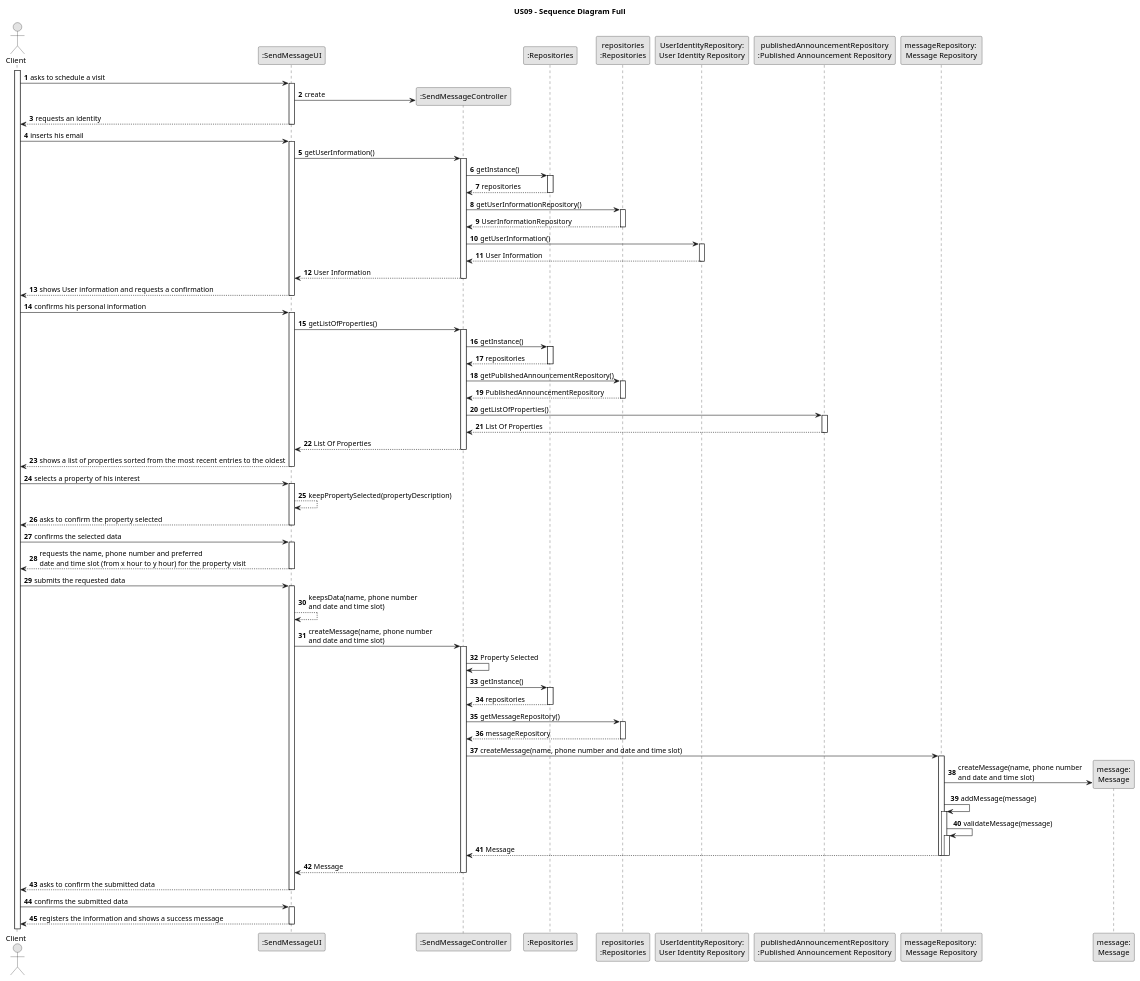
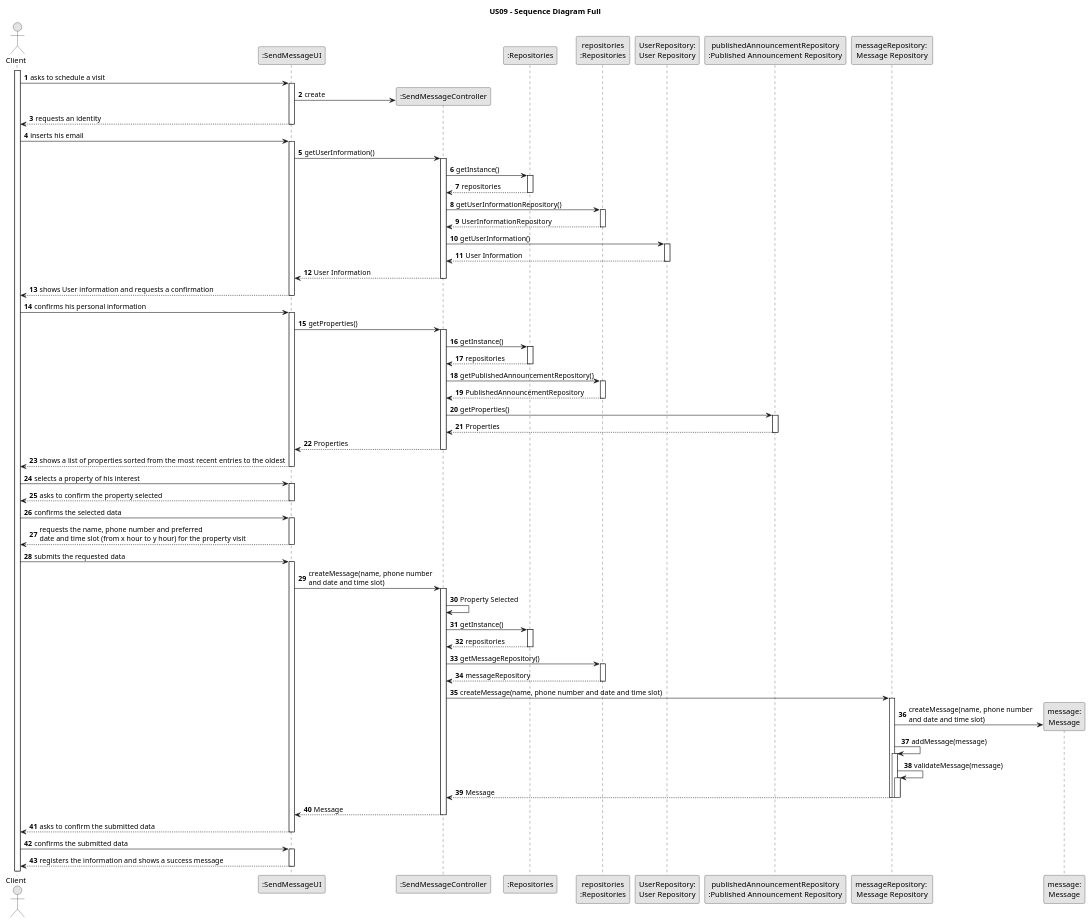
The diagram in docs/sprintC/US09/03.design/puml/us09-sequence-diagram-full.puml (PureNimble/ISEP-LAPR2), drawn with PlantUML before and after one commit.

Commit message:
US09- Sequence diagram update

```diff
--- a/docs/sprintC/US09/03.design/puml/us09-sequence-diagram-full.puml
+++ b/docs/sprintC/US09/03.design/puml/us09-sequence-diagram-full.puml
@@ -1,166 +1,166 @@
 @startuml
 skinparam monochrome true
 skinparam packageStyle rectangle
 skinparam shadowing false
 
 title US09 - Sequence Diagram Full
 
 autonumber
 
 'hide footbox
 actor "Client" as Client
 participant ":SendMessageUI" as UI
 participant ":SendMessageController" as CTRL
 participant ":Repositories" as Repository
 participant "repositories\n:Repositories" as Repository2
-participant "UserIdentityRepository:\nUser Identity Repository" as UserRepository
+participant "UserRepository:\nUser Repository" as UserRepository
 participant "publishedAnnouncementRepository\n:Published Announcement Repository" as publishedAnnouncementRepository
 participant "messageRepository: \nMessage Repository" as messageRepository
 participant "message:\nMessage" as message
 
 autonumber
 
         activate Client
 
     Client -> UI: asks to schedule a visit
         activate UI
 
         UI -> CTRL** : create
     UI --> Client : requests an identity
         deactivate UI
 
     Client -> UI : inserts his email
         activate UI
 
         UI -> CTRL : getUserInformation()
 
             activate CTRL
 
             CTRL -> Repository : getInstance()
                 activate Repository
 
             Repository --> CTRL : repositories
                 deactivate Repository
 
             CTRL -> Repository2 : getUserInformationRepository()
                 activate Repository2
 
             Repository2 --> CTRL : UserInformationRepository
                 deactivate Repository2
 
             CTRL -> UserRepository : getUserInformation()
 
                 activate UserRepository
 
             UserRepository --> CTRL : User Information
 
                 deactivate UserRepository
 
         CTRL --> UI : User Information
 
             deactivate CTRL
 
 
     UI --> Client : shows User information and requests a confirmation
         deactivate UI
 
     Client -> UI : confirms his personal information
         activate UI
 
-        UI -> CTRL : getListOfProperties()
+        UI -> CTRL : getProperties()
             activate CTRL
 
             CTRL -> Repository : getInstance()
                 activate Repository
 
             Repository --> CTRL : repositories
                 deactivate Repository
 
             CTRL -> Repository2 : getPublishedAnnouncementRepository()
                 activate Repository2
 
             Repository2 --> CTRL : PublishedAnnouncementRepository
                 deactivate Repository2
 
-            CTRL -> publishedAnnouncementRepository : getListOfProperties()
+            CTRL -> publishedAnnouncementRepository : getProperties()
 
                 activate publishedAnnouncementRepository
 
-            publishedAnnouncementRepository --> CTRL : List Of Properties
+            publishedAnnouncementRepository --> CTRL : Properties
 
                 deactivate publishedAnnouncementRepository
 
-        CTRL --> UI : List Of Properties
+        CTRL --> UI : Properties
 
             deactivate CTRL
 
     UI --> Client: shows a list of properties sorted from the most recent entries to the oldest
         deactivate UI
 
     Client -> UI: selects a property of his interest
         activate UI
 
-        UI --> UI : keepPropertySelected(propertyDescription)
+    '   UI --> UI : keepPropertySelected(propertyDescription)
 
 
     UI --> Client: asks to confirm the property selected
         deactivate UI
 
     Client -> UI: confirms the selected data
         activate UI
 
     UI --> Client: requests the name, phone number and preferred \ndate and time slot (from x hour to y hour) for the property visit
         deactivate UI
 
     Client -> UI: submits the requested data
         activate UI
 
-    UI --> UI : keepsData(name, phone number \nand date and time slot)
+   ' UI --> UI : keepsData(name, phone number \nand date and time slot)
 
     UI -> CTRL: createMessage(name, phone number \nand date and time slot)
         activate CTRL
 
     CTRL ->CTRL: Property Selected
 
         CTRL -> Repository : getInstance()
             activate Repository
 
         Repository --> CTRL : repositories
             deactivate Repository
 
         CTRL -> Repository2 : getMessageRepository()
             activate Repository2
 
         Repository2 --> CTRL : messageRepository
             deactivate Repository2
 
             CTRL -> messageRepository : createMessage(name, phone number and date and time slot)
                 activate messageRepository
 
                 messageRepository -> message** : createMessage(name, phone number \nand date and time slot)
 
                 messageRepository -> messageRepository : addMessage(message)
                 activate messageRepository
 
                 messageRepository -> messageRepository : validateMessage(message)
                 activate messageRepository
 
                 messageRepository --> CTRL : Message
                 deactivate messageRepository
                 deactivate messageRepository
                 deactivate messageRepository
 
            CTRL --> UI : Message
            deactivate CTRL
 
     UI --> Client: asks to confirm the submitted data
         deactivate UI
 
     Client -> UI: confirms the submitted data
         activate UI
 
     UI --> Client: registers the information and shows a success message
         deactivate UI
 
 
 @enduml
```
